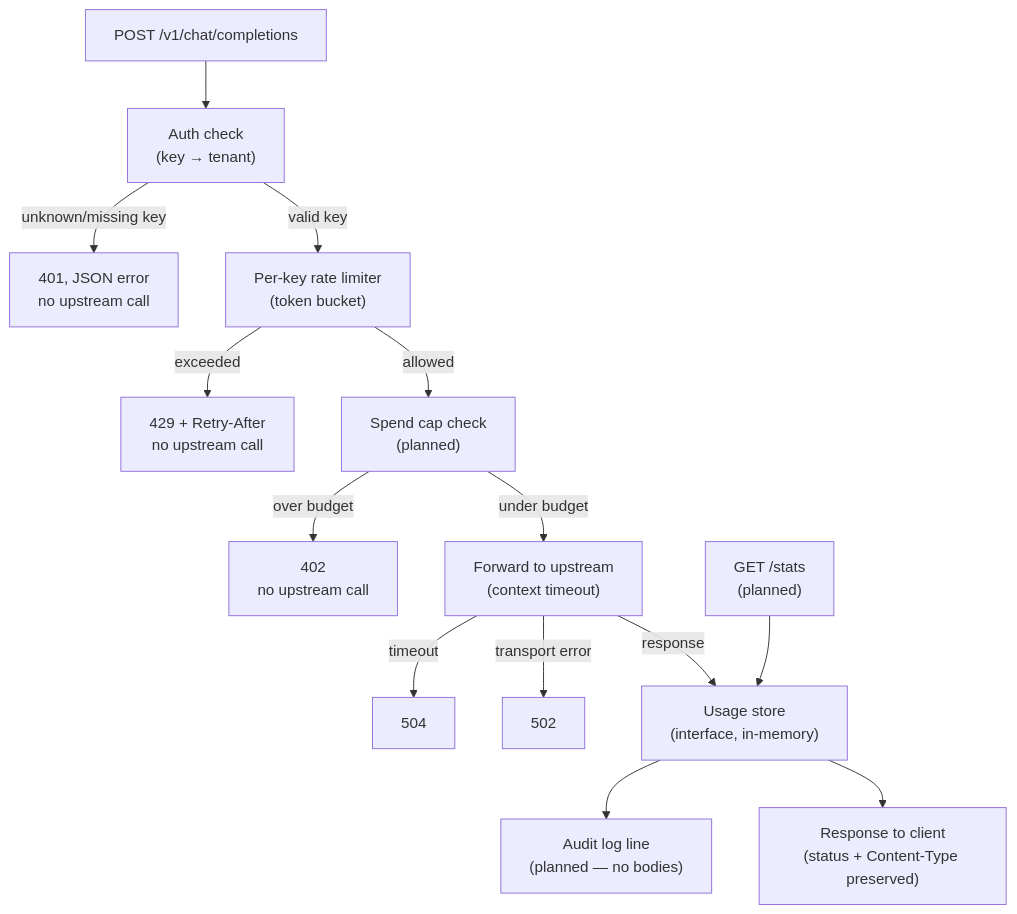
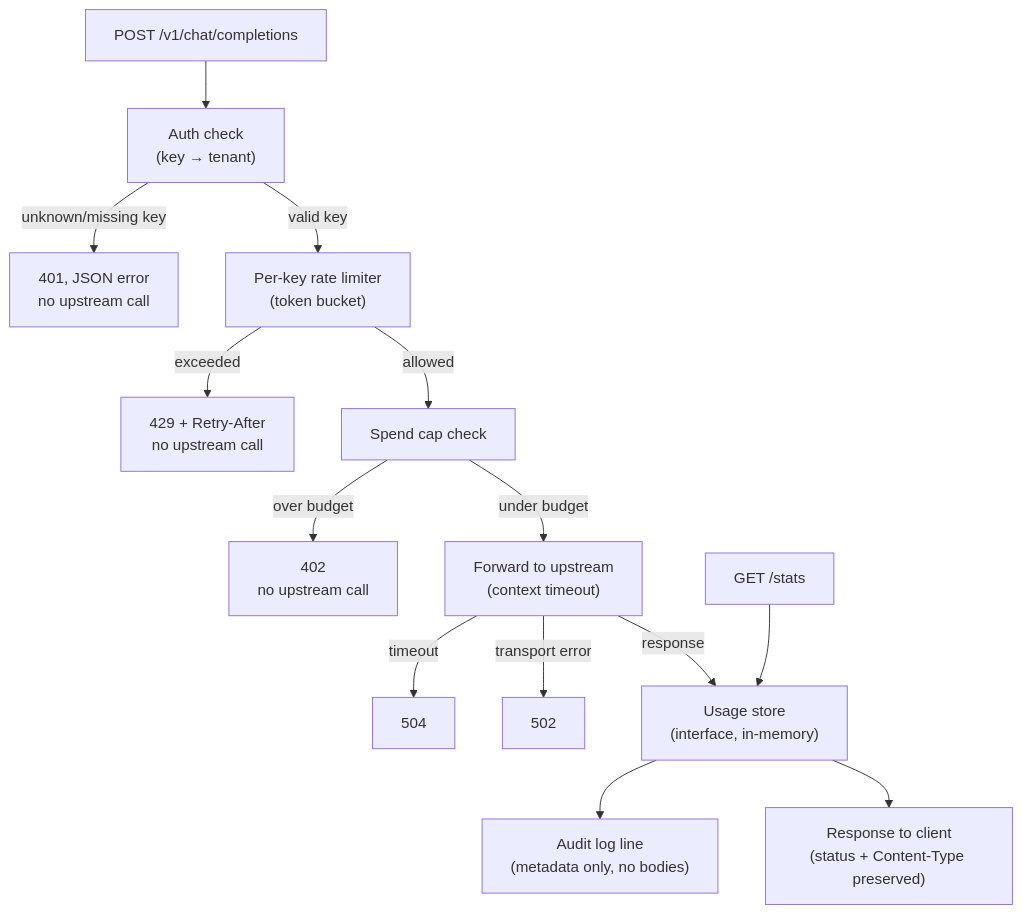
The second of 2 diagrams in README.md (Ovy95/llm-gateway), drawn with Mermaid before and after one commit. The commit also changed other lines of this file, not shown here.

````diff
--- a/README.md
+++ b/README.md
@@ -33,16 +33,16 @@
 ```mermaid
 graph TB
     Req["POST /v1/chat/completions"] --> Auth["Auth check<br/>(key → tenant)"]
     Auth -->|"unknown/missing key"| Reject1["401, JSON error<br/>no upstream call"]
     Auth -->|"valid key"| RateLimit["Per-key rate limiter<br/>(token bucket)"]
     RateLimit -->|"exceeded"| Reject2["429 + Retry-After<br/>no upstream call"]
-    RateLimit -->|"allowed"| SpendCap["Spend cap check<br/>(planned)"]
+    RateLimit -->|"allowed"| SpendCap["Spend cap check"]
     SpendCap -->|"over budget"| Reject3["402<br/>no upstream call"]
     SpendCap -->|"under budget"| Forward["Forward to upstream<br/>(context timeout)"]
     Forward -->|"timeout"| Reject4["504"]
     Forward -->|"transport error"| Reject5["502"]
     Forward -->|"response"| Store["Usage store<br/>(interface, in-memory)"]
-    Store --> AuditLog["Audit log line<br/>(planned — no bodies)"]
+    Store --> AuditLog["Audit log line<br/>(metadata only, no bodies)"]
     Store --> Client["Response to client<br/>(status + Content-Type preserved)"]
-    Stats["GET /stats<br/>(planned)"] --> Store
+    Stats["GET /stats"] --> Store
 ```
````
